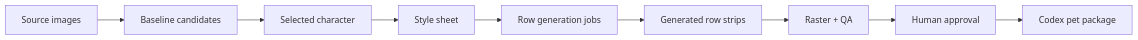
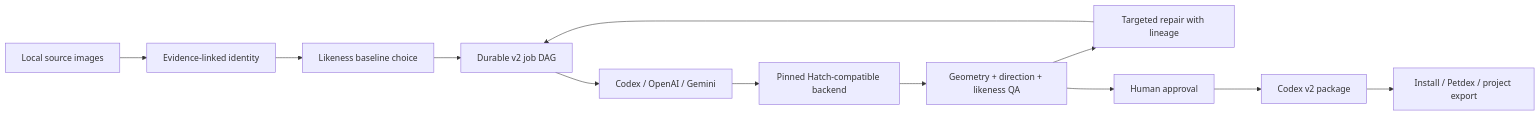
One commit to adamallcock/goodboy changed the diagram in README.md. Above: the diagram before and after it, drawn with Mermaid. The commit also changed other lines of this file and 137 other files, not shown here.

````diff
--- a/README.md
+++ b/README.md
@@ -40,11 +57,14 @@
 ```mermaid
 flowchart LR
-  A["Source images"] --> B["Baseline candidates"]
-  B --> C["Selected character"]
-  C --> D["Style sheet"]
-  D --> E["Row generation jobs"]
-  E --> F["Generated row strips"]
-  F --> G["Raster + QA"]
-  G --> H["Human approval"]
-  H --> I["Codex pet package"]
+  SOURCES["Local source images"] --> ID["Evidence-linked identity"]
+  ID --> BASE["Likeness baseline choice"]
+  BASE --> DAG["Durable v2 job DAG"]
+  DAG --> PROVIDERS["Codex / OpenAI / Gemini"]
+  PROVIDERS --> BACKEND["Pinned Hatch-compatible backend"]
+  BACKEND --> QA["Geometry + direction + likeness QA"]
+  QA --> REPAIR["Targeted repair with lineage"]
+  REPAIR --> DAG
+  QA --> APPROVAL["Human approval"]
+  APPROVAL --> PACKAGE["Codex v2 package"]
+  PACKAGE --> EXPORTS["Install / Petdex / project export"]
 ```
````
